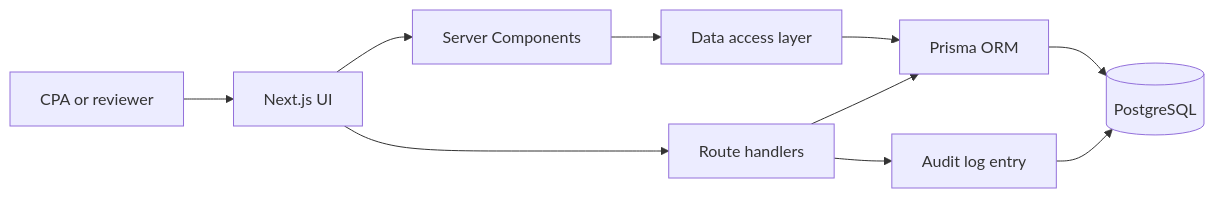
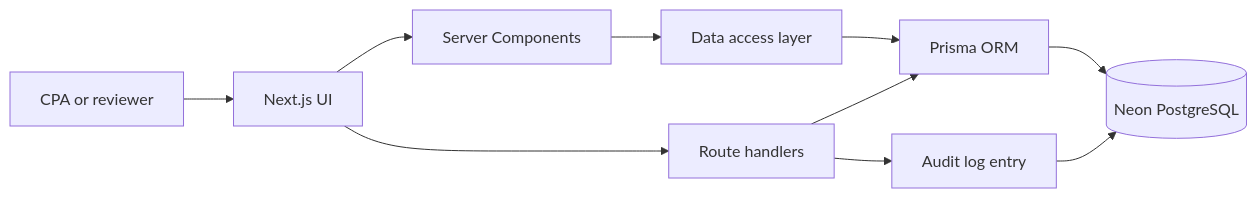
Before and after one commit to Nithishkaranam2002/Ledger: the diagram in README.md, drawn with Mermaid. The commit also changed other lines of this file, not shown here.

````diff
--- a/README.md
+++ b/README.md
@@ -178,12 +145,12 @@
 ```mermaid
 flowchart LR
     User[CPA or reviewer] --> UI[Next.js UI]
     UI --> Server[Server Components]
     UI --> API[Route handlers]
     Server --> Data[Data access layer]
     API --> Prisma[Prisma ORM]
     Data --> Prisma
-    Prisma --> DB[(PostgreSQL)]
+    Prisma --> DB[(Neon PostgreSQL)]
     API --> Audit[Audit log entry]
     Audit --> DB
 ```
````
